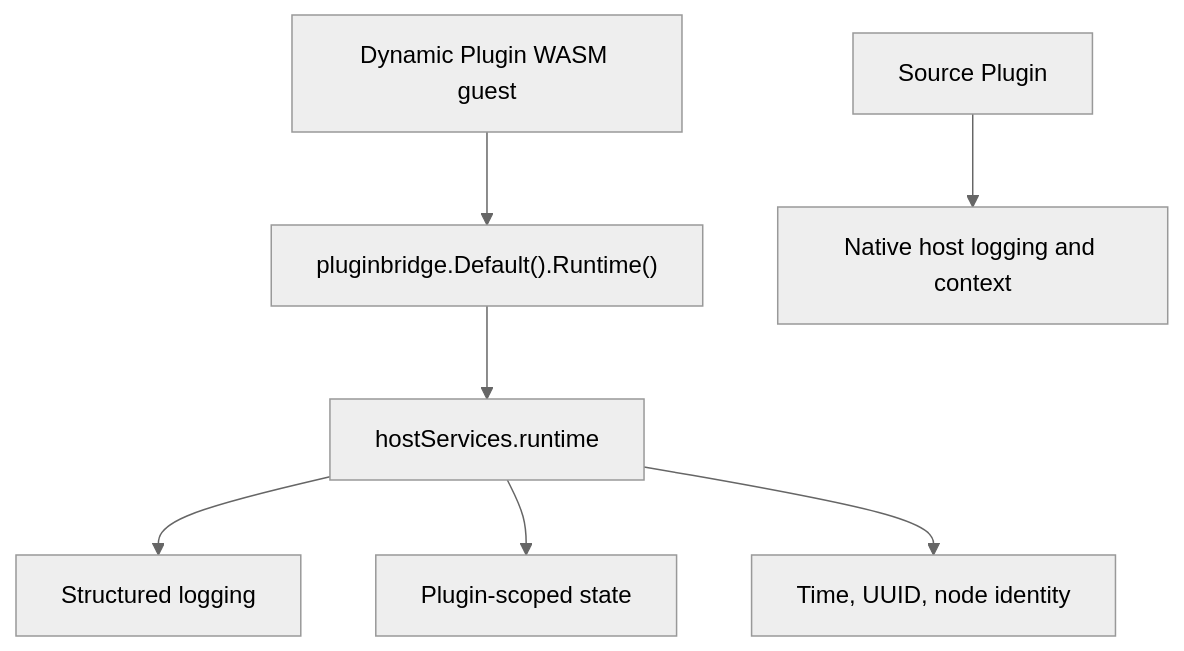
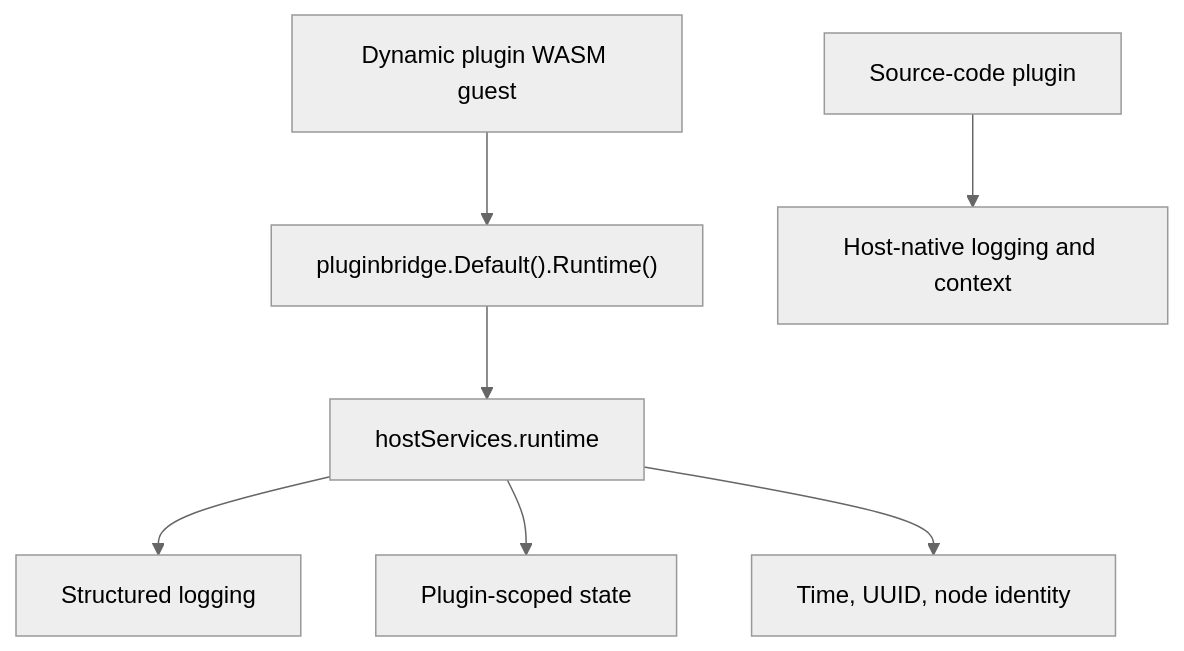
The diagram in apps/lina-site/i18n/en/docusaurus-plugin-content-docs/current/docs/3000-domain-capabilities/8400-runtime.md (linaproai/linapro-site), drawn with Mermaid (neutral theme) before and after one commit. The commit also changed other lines of this file and 31 other files, not shown here.

````diff
--- a/apps/lina-site/i18n/en/docusaurus-plugin-content-docs/current/docs/3000-domain-capabilities/8400-runtime.md
+++ b/apps/lina-site/i18n/en/docusaurus-plugin-content-docs/current/docs/3000-domain-capabilities/8400-runtime.md
@@ -45,9 +45,9 @@
 ```mermaid
 graph TB
-    Dynamic["Dynamic Plugin WASM guest"] --> Runtime["pluginbridge.Default().Runtime()"]
+    Dynamic["Dynamic plugin WASM guest"] --> Runtime["pluginbridge.Default().Runtime()"]
     Runtime --> HostService["hostServices.runtime"]
     HostService --> Log["Structured logging"]
     HostService --> State["Plugin-scoped state"]
     HostService --> Info["Time, UUID, node identity"]
-    Source["Source Plugin"] --> Native["Native host logging and context"]
+    Source["Source-code plugin"] --> Native["Host-native logging and context"]
 ```
````
